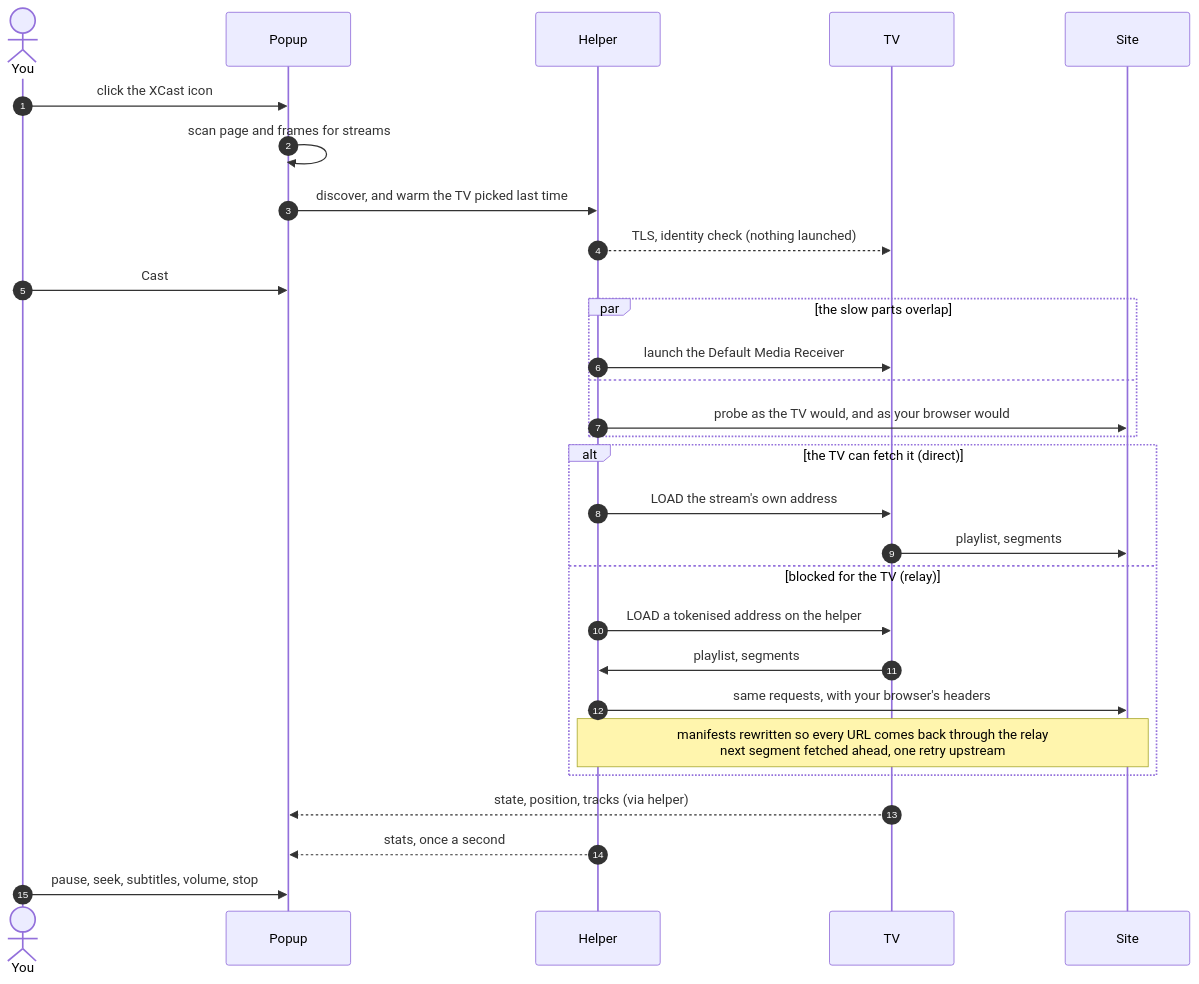
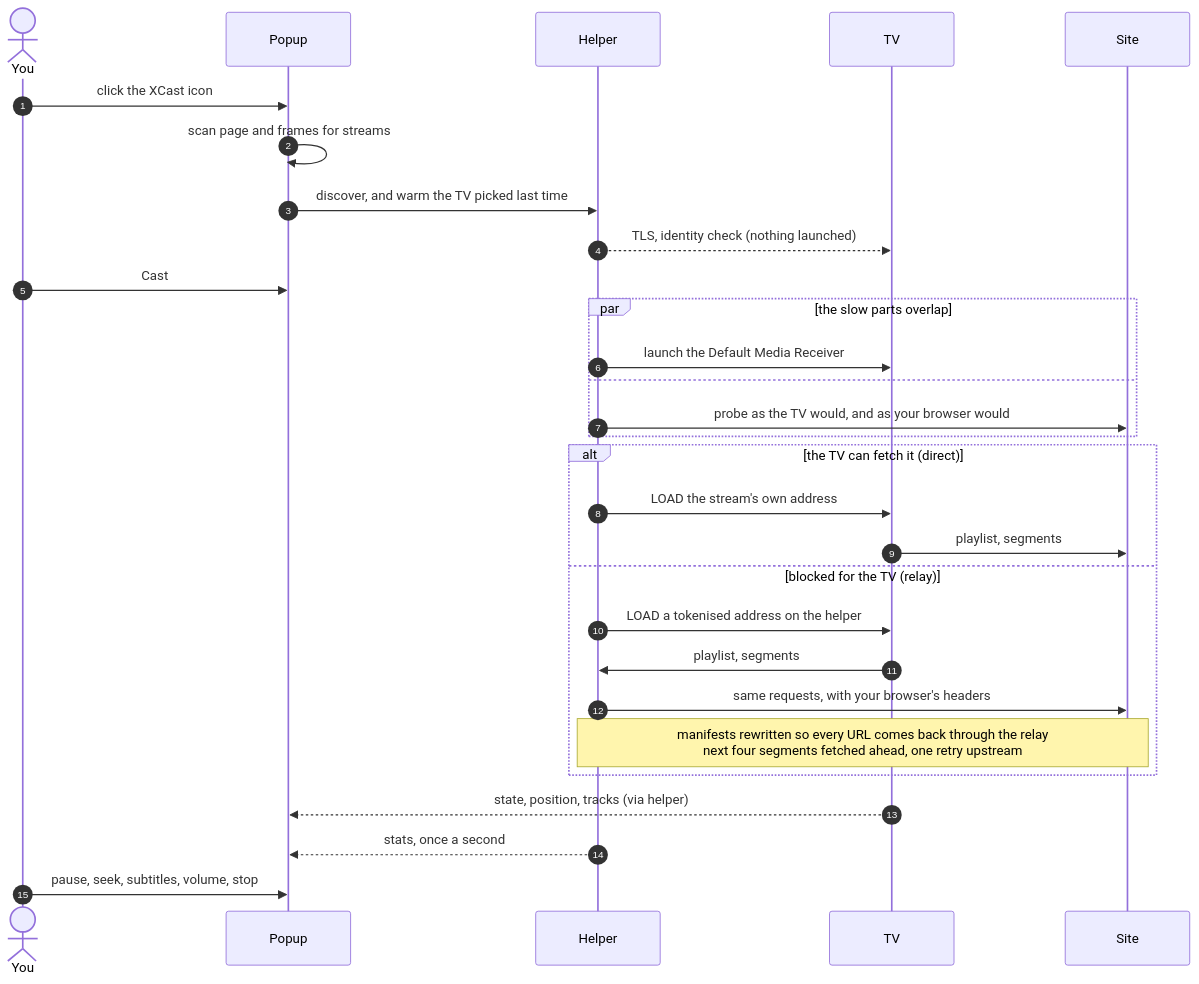
One commit to agkloop/chrome_xcast changed the second of 4 diagrams in README.md. Above: the diagram before and after it, drawn with Mermaid. The commit also changed other lines of this file and 10 other files, not shown here.

First line of the commit message:
Relay: read further ahead, stream in large pieces, keep the Mac awake

````diff
--- a/README.md
+++ b/README.md
@@ -136,32 +138,32 @@
 ```mermaid
 sequenceDiagram
   autonumber
   actor You
   participant P as Popup
   participant H as Helper
   participant TV
   participant S as Site
 
   You->>P: click the XCast icon
   P->>P: scan page and frames for streams
   P->>H: discover, and warm the TV picked last time
   H-->>TV: TLS, identity check (nothing launched)
   You->>P: Cast
   par the slow parts overlap
     H->>TV: launch the Default Media Receiver
   and
     H->>S: probe as the TV would, and as your browser would
   end
   alt the TV can fetch it (direct)
     H->>TV: LOAD the stream's own address
     TV->>S: playlist, segments
   else blocked for the TV (relay)
     H->>TV: LOAD a tokenised address on the helper
     TV->>H: playlist, segments
     H->>S: same requests, with your browser's headers
-    Note over H,S: manifests rewritten so every URL comes back through the relay<br/>next segment fetched ahead, one retry upstream
+    Note over H,S: manifests rewritten so every URL comes back through the relay<br/>next four segments fetched ahead, one retry upstream
   end
   TV-->>P: state, position, tracks (via helper)
   H-->>P: stats, once a second
   You->>P: pause, seek, subtitles, volume, stop
 ```
````
